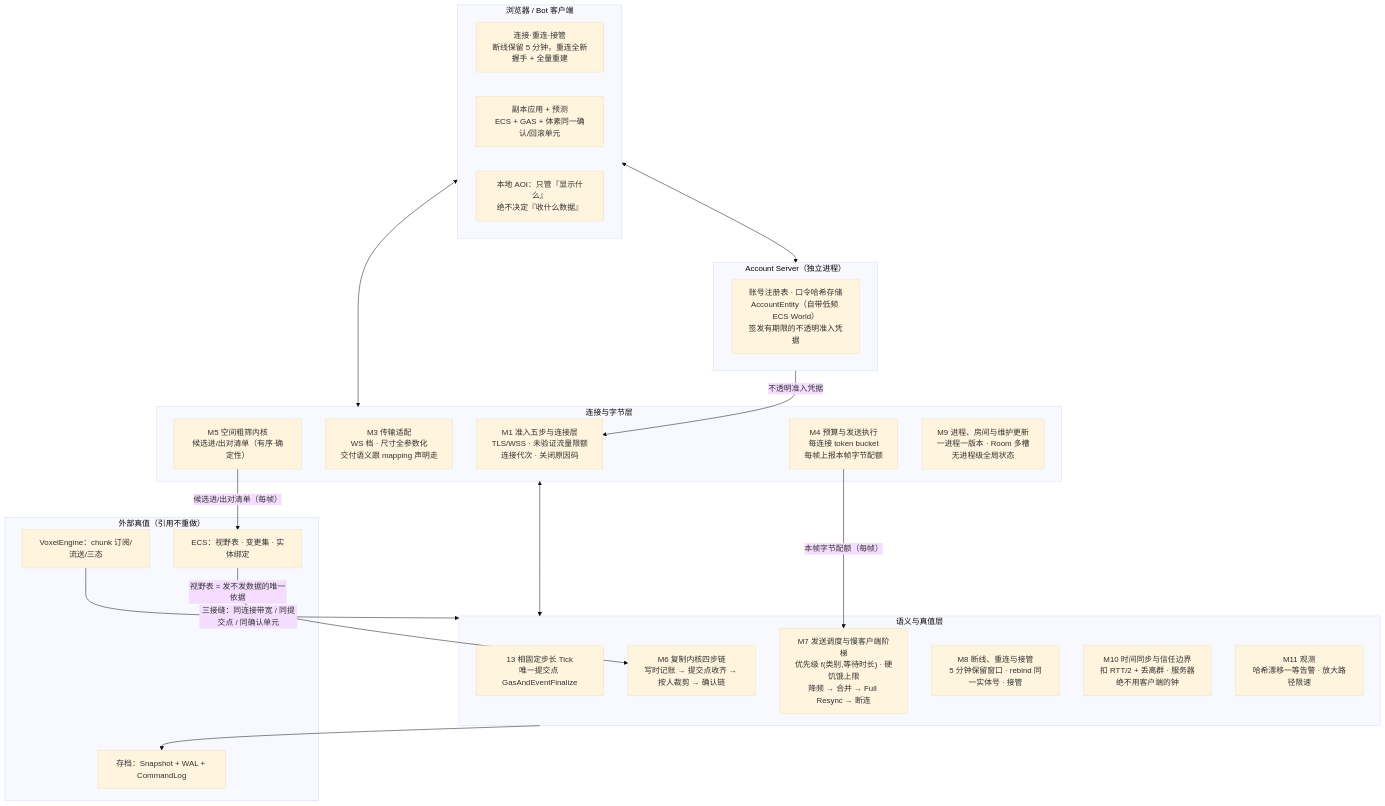
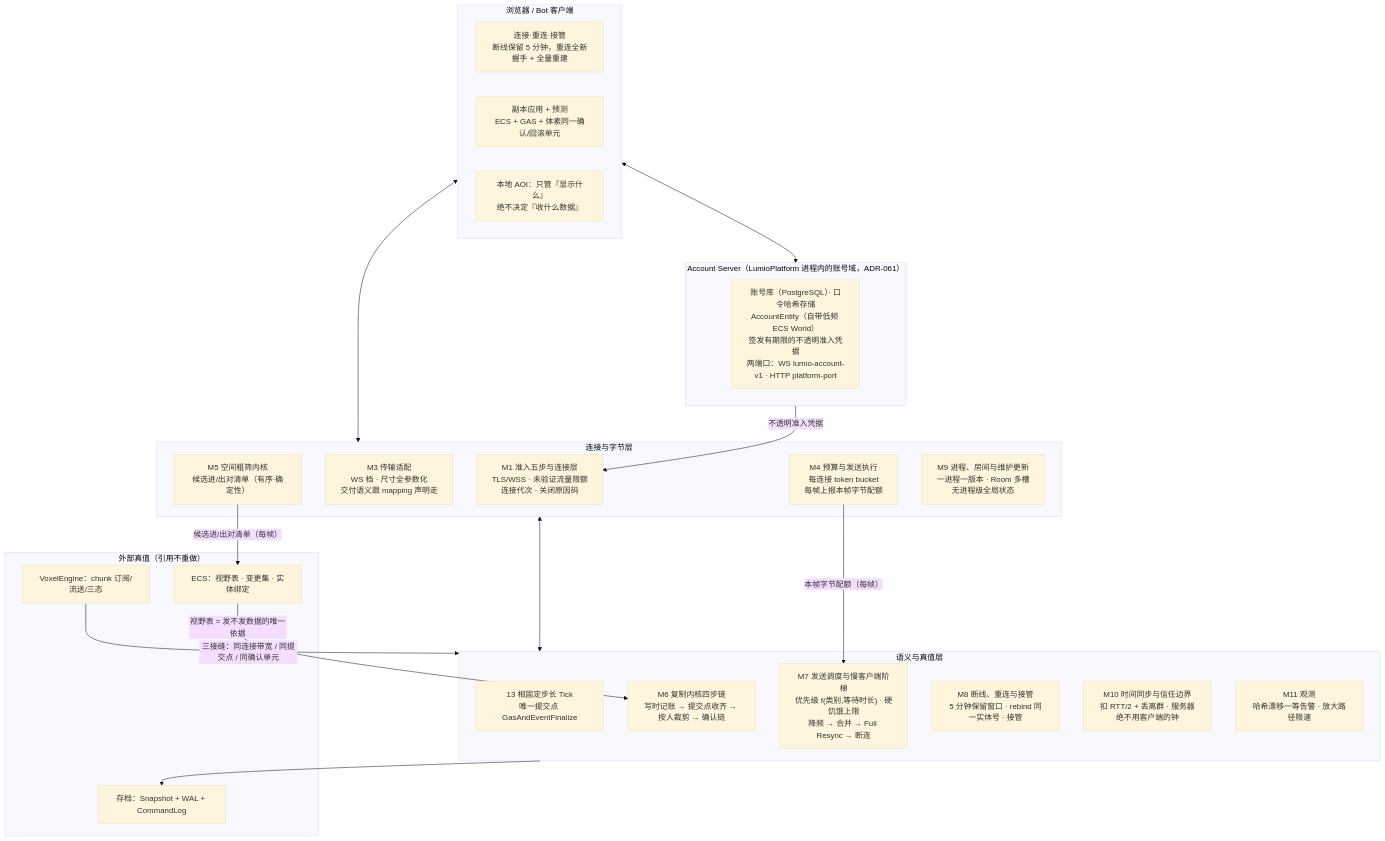
One commit to LumioGames/LumioGameEngine changed the first of 3 diagrams in .spec/knowledge/features/ds-server.md. Above: the diagram before and after it, drawn with Mermaid (base theme). The commit also changed other lines of this file and 18 other files, not shown here.

Commit message:
docs(spec): ADR-061 LumioPlatform 第八实现仓与账号权威归属、platform-port-v1 契约、八仓登记与拓扑调研提示词

````diff
--- a/.spec/knowledge/features/ds-server.md
+++ b/.spec/knowledge/features/ds-server.md
@@ -70,40 +70,40 @@
 ```mermaid
 flowchart TB
   subgraph BR["浏览器 / Bot 客户端"]
     BC["连接·重连·接管<br/>断线保留 5 分钟，重连全新握手 + 全量重建"]
     BA["副本应用 + 预测<br/>ECS + GAS + 体素同一确认/回滚单元"]
     BAOI["本地 AOI：只管『显示什么』<br/>绝不决定『收什么数据』"]
   end
-  subgraph AS["Account Server（独立进程）"]
-    A1["账号注册表 · 口令哈希存储<br/>AccountEntity（自带低频 ECS World）<br/>签发有期限的不透明准入凭据"]
+  subgraph AS["Account Server（LumioPlatform 进程内的账号域，ADR-061）"]
+    A1["账号库（PostgreSQL）· 口令哈希存储<br/>AccountEntity（自带低频 ECS World）<br/>签发有期限的不透明准入凭据<br/>两端口：WS lumio-account-v1 · HTTP platform-port"]
   end
   subgraph EDGE["连接与字节层"]
     T1["M1 准入五步与连接层<br/>TLS/WSS · 未验证流量限额<br/>连接代次 · 关闭原因码"]
     T3["M3 传输适配<br/>WS 档 · 尺寸全参数化<br/>交付语义跟 mapping 声明走"]
     T4["M4 预算与发送执行<br/>每连接 token bucket<br/>每帧上报本帧字节配额"]
     T5["M5 空间粗筛内核<br/>候选进/出对清单（有序·确定性）"]
     T9["M9 进程、房间与维护更新<br/>一进程一版本 · Room 多槽<br/>无进程级全局状态"]
   end
   subgraph SEM["语义与真值层"]
     C1["13 相固定步长 Tick<br/>唯一提交点 GasAndEventFinalize"]
     C6["M6 复制内核四步链<br/>写时记账 → 提交点收齐 → 按人裁剪 → 确认链"]
     C7["M7 发送调度与慢客户端阶梯<br/>优先级 f(类别,等待时长) · 硬饥饿上限<br/>降频 → 合并 → Full Resync → 断连"]
     C8["M8 断线、重连与接管<br/>5 分钟保留窗口 · rebind 同一实体号 · 接管"]
     C10["M10 时间同步与信任边界<br/>扣 RTT/2 + 丢离群 · 服务器绝不用客户端的钟"]
     C11["M11 观测<br/>哈希漂移一等告警 · 放大路径限速"]
   end
   subgraph EXT["外部真值（引用不重做）"]
     E1["ECS：视野表 · 变更集 · 实体绑定"]
     E2["VoxelEngine：chunk 订阅/流送/三态"]
     E3["存档：Snapshot + WAL + CommandLog"]
   end
   BR <--> AS
   BR <--> EDGE
   AS -- "不透明准入凭据" --> T1
   EDGE <--> SEM
   E1 -- "视野表 = 发不发数据的唯一依据" --> C6
   T5 -- "候选进/出对清单（每帧）" --> E1
   T4 -- "本帧字节配额（每帧）" --> C7
   E2 -- "三接缝：同连接带宽 / 同提交点 / 同确认单元" --> SEM
   SEM --> E3
 ```
````
